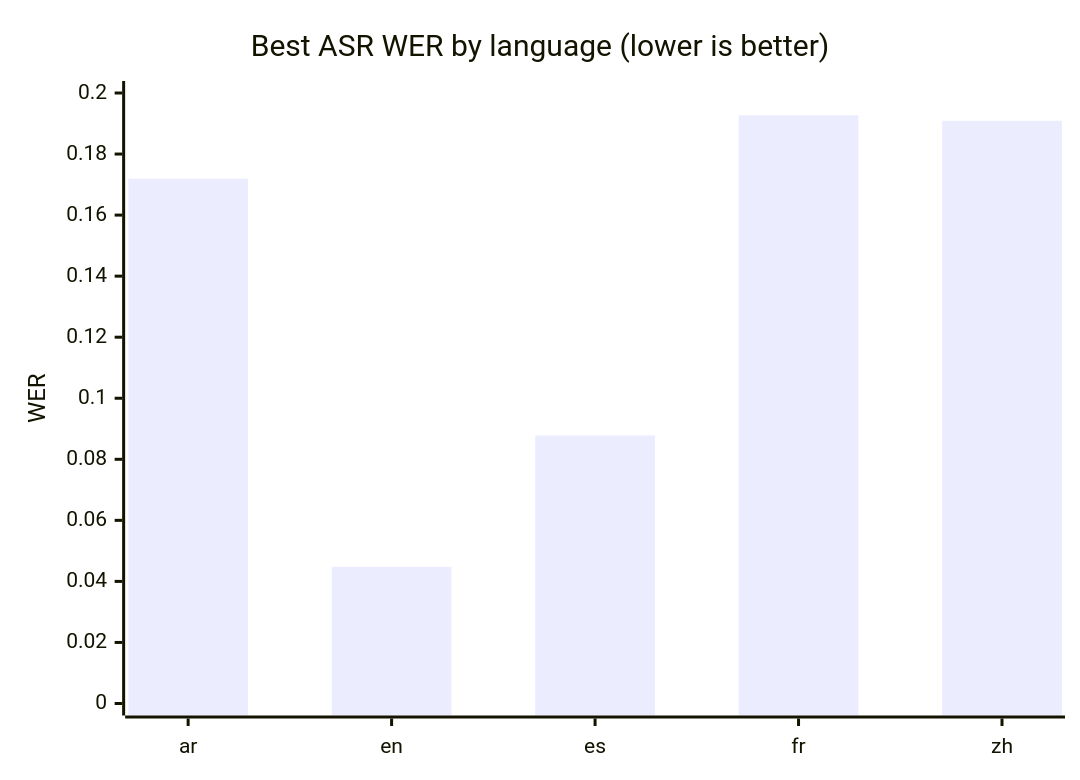
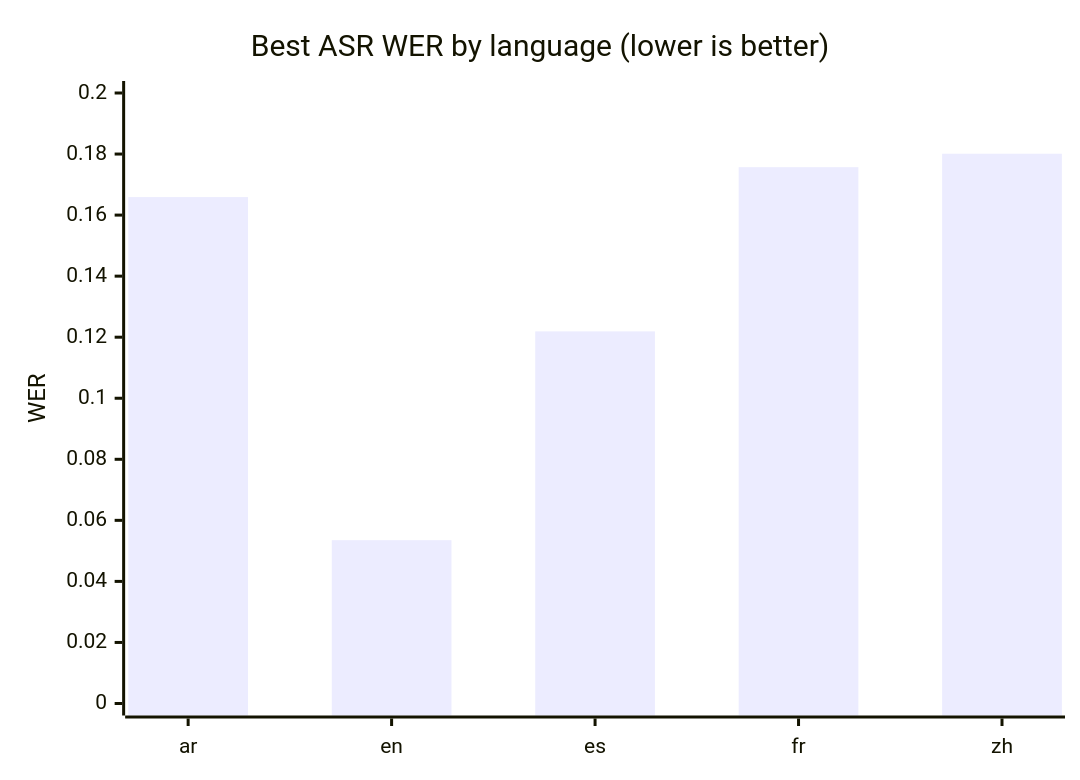
Before and after one commit to nkhaloo/speech-stack-benchmark: the second of 5 diagrams in docs/results.md, drawn with Mermaid. The commit also changed other lines of this file and 2 other files, not shown here.

````diff
--- a/docs/results.md
+++ b/docs/results.md
@@ -144,7 +142,7 @@
 ```mermaid
 xychart-beta
     title "Best ASR WER by language (lower is better)"
     x-axis ["ar", "en", "es", "fr", "zh"]
     y-axis "WER" 0 --> 0.20
-    bar [0.1719, 0.0448, 0.0878, 0.1927, 0.1909]
+    bar [0.1659, 0.0535, 0.1219, 0.1757, 0.1801]
 ```
````
